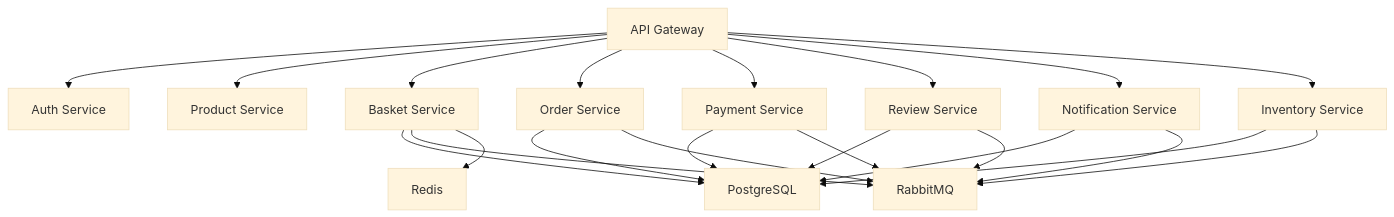
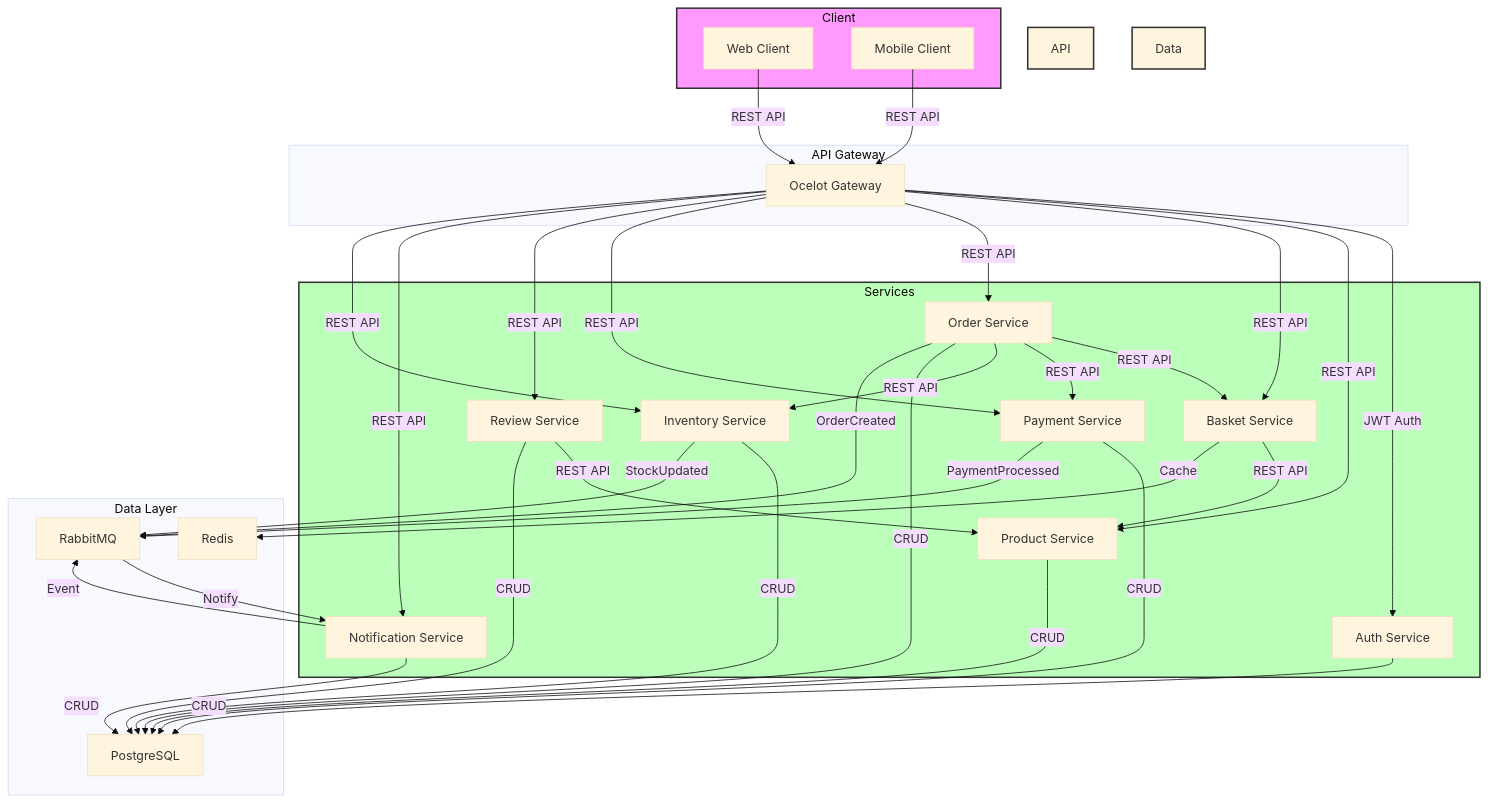
The first of 2 diagrams in README.md (kalzimkholodros/8service), drawn with Mermaid (base theme) before and after one commit.

````diff
--- a/README.md
+++ b/README.md
@@ -9,27 +9,71 @@
 ```mermaid
 graph TD
-    A[API Gateway] --> B[Auth Service]
-    A --> C[Product Service]
-    A --> D[Basket Service]
-    A --> E[Order Service]
-    A --> F[Payment Service]
-    A --> G[Review Service]
-    A --> H[Notification Service]
-    A --> I[Inventory Service]
-    
-    D --> J[PostgreSQL]
-    E --> J
-    F --> J
-    G --> J
-    H --> J
-    I --> J
-    
-    D --> K[RabbitMQ]
-    E --> K
-    F --> K
-    G --> K
-    H --> K
-    I --> K
-    
-    D --> L[Redis]
+    subgraph Client
+        A[Web Client]
+        B[Mobile Client]
+    end
+
+    subgraph API Gateway
+        C[Ocelot Gateway]
+    end
+
+    subgraph Services
+        D[Auth Service]
+        E[Product Service]
+        F[Basket Service]
+        G[Order Service]
+        H[Payment Service]
+        I[Review Service]
+        J[Notification Service]
+        K[Inventory Service]
+    end
+
+    subgraph Data Layer
+        L[PostgreSQL]
+        M[Redis]
+        N[RabbitMQ]
+    end
+
+    %% Client to Gateway
+    A -->|REST API| C
+    B -->|REST API| C
+
+    %% Gateway to Services
+    C -->|JWT Auth| D
+    C -->|REST API| E
+    C -->|REST API| F
+    C -->|REST API| G
+    C -->|REST API| H
+    C -->|REST API| I
+    C -->|REST API| J
+    C -->|REST API| K
+
+    %% Service to Service Communication
+    F -->|REST API| E
+    G -->|REST API| F
+    G -->|REST API| H
+    G -->|REST API| K
+    I -->|REST API| E
+    J -->|Event| N
+
+    %% Services to Data Layer
+    D -->|CRUD| L
+    E -->|CRUD| L
+    F -->|Cache| M
+    G -->|CRUD| L
+    H -->|CRUD| L
+    I -->|CRUD| L
+    J -->|CRUD| L
+    K -->|CRUD| L
+
+    %% Event Communication
+    G -->|OrderCreated| N
+    H -->|PaymentProcessed| N
+    K -->|StockUpdated| N
+    N -->|Notify| J
+
+    style Client fill:#f9f,stroke:#333,stroke-width:2px
+    style API Gateway fill:#bbf,stroke:#333,stroke-width:2px
+    style Services fill:#bfb,stroke:#333,stroke-width:2px
+    style Data Layer fill:#fbb,stroke:#333,stroke-width:2px
 ```
````
